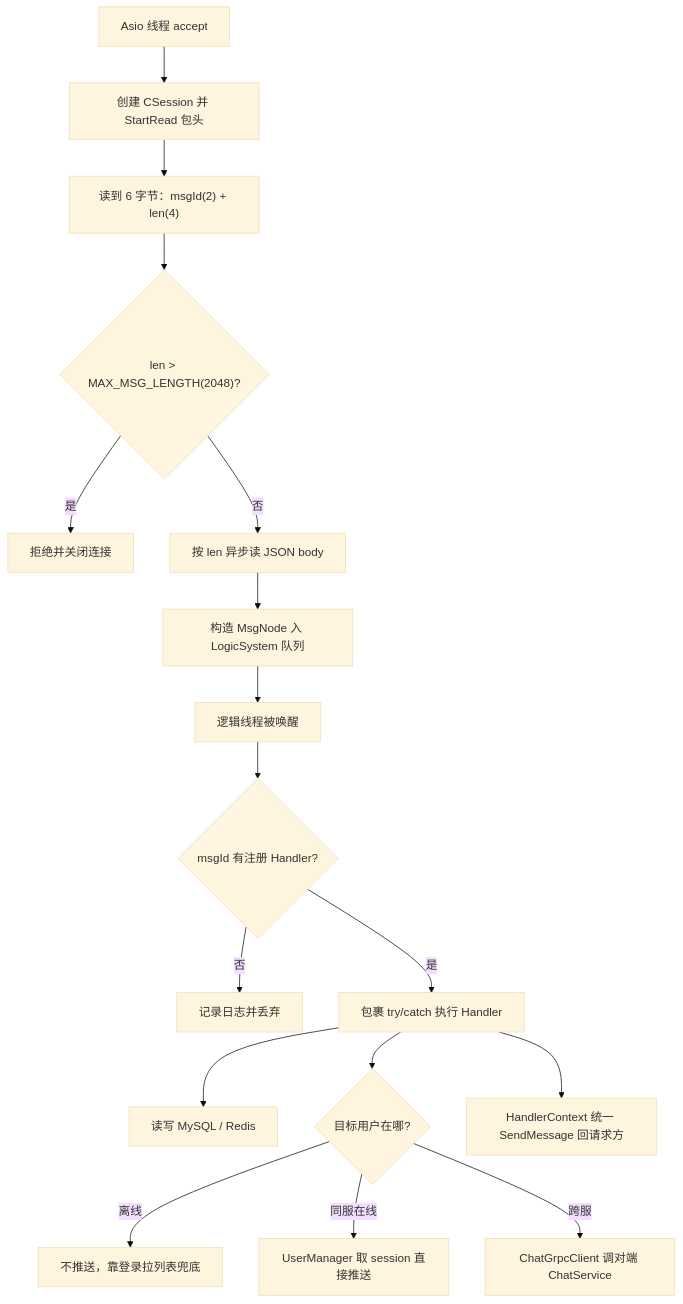
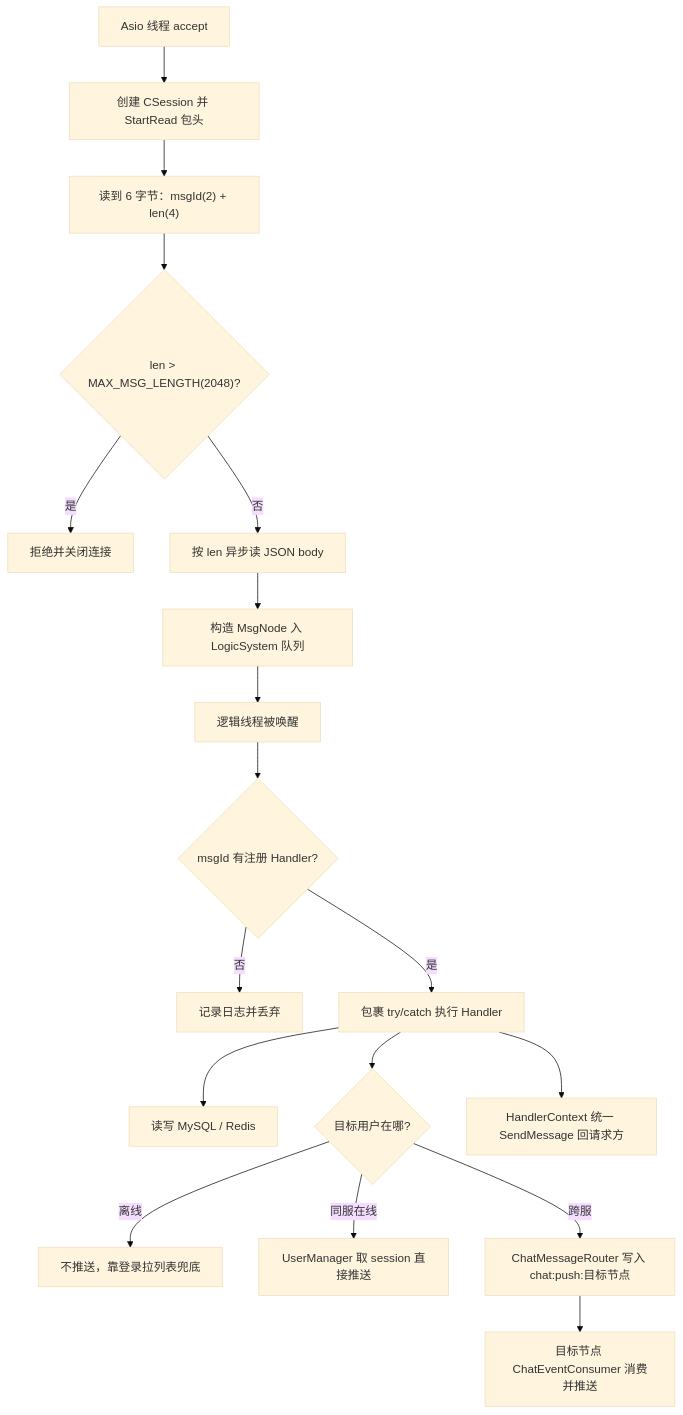
The first of 6 diagrams in Servers/ChatServer/README.md (codeT2001/MyChat), drawn with Mermaid (base theme) before and after one commit. The commit also changed other lines of this file and 41 other files, not shown here.

````diff
--- a/Servers/ChatServer/README.md
+++ b/Servers/ChatServer/README.md
@@ -33,19 +40,20 @@
 ```mermaid
 flowchart TD
     ACC[Asio 线程 accept] --> S[创建 CSession 并 StartRead 包头]
     S --> H["读到 6 字节：msgId(2) + len(4)"]
     H --> CHK{"len > MAX_MSG_LENGTH(2048)?"}
     CHK -- 是 --> CLOSE[拒绝并关闭连接]
     CHK -- 否 --> B[按 len 异步读 JSON body]
     B --> N[构造 MsgNode 入 LogicSystem 队列]
     N --> W[逻辑线程被唤醒]
     W --> HF{"msgId 有注册 Handler?"}
     HF -- 否 --> DROP[记录日志并丢弃]
     HF -- 是 --> EX[包裹 try/catch 执行 Handler]
     EX --> DS[读写 MySQL / Redis]
     EX --> RT{"目标用户在哪?"}
     RT -- 离线 --> OFF[不推送，靠登录拉列表兜底]
     RT -- 同服在线 --> LOC[UserManager 取 session 直接推送]
-    RT -- 跨服 --> GRPC[ChatGrpcClient 调对端 ChatService]
+    RT -- 跨服 --> EVT[ChatMessageRouter 写入 chat:push:目标节点]
+    EVT --> CON[目标节点 ChatEventConsumer 消费并推送]
     EX --> R[HandlerContext 统一 SendMessage 回请求方]
 ```
````
